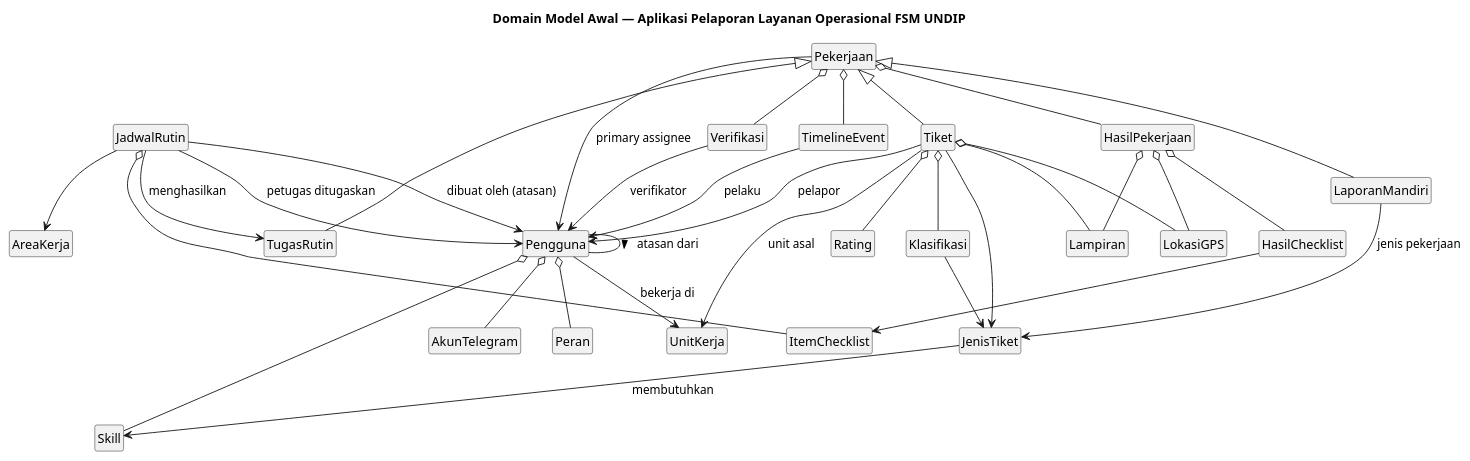
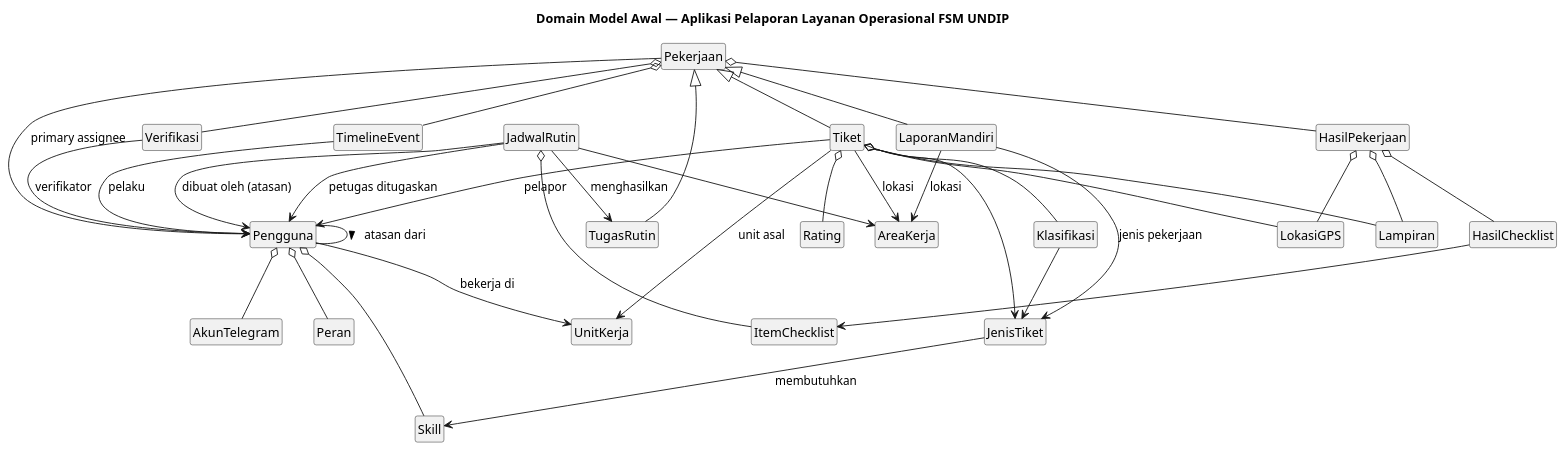
The diagram in docs/iconix/domain-model.puml (MohammadIzza/Pelaporan-Layanan-FSM-Iconix-SDD), drawn with PlantUML before and after one commit. The commit also changed 9 other files, not shown here.

First line of the commit message:
feat(usecase): tambah lokasi gedung/area di formulir laporan

```diff
--- a/docs/iconix/domain-model.puml
+++ b/docs/iconix/domain-model.puml
@@ -11,76 +11,78 @@
 @startuml domain-model
 title Domain Model Awal — Aplikasi Pelaporan Layanan Operasional FSM UNDIP
 hide circle
 hide empty members
 skinparam classAttributeIconSize 0
 
 class Pengguna
 class Peran
 class UnitKerja
 class Skill
 class AkunTelegram
 
 class Pekerjaan
 class Tiket
 class LaporanMandiri
 class TugasRutin
 class HasilPekerjaan
 class Verifikasi
 class TimelineEvent
 class Lampiran
 class LokasiGPS
 
 class JenisTiket
 class Klasifikasi
 class Rating
 
 class JadwalRutin
 class AreaKerja
 class ItemChecklist
 class HasilChecklist
 
 ' --- Organisasi dan pengguna ---
 Pengguna o-- Peran
 Pengguna o-- Skill
 Pengguna o-- AkunTelegram
 Pengguna --> UnitKerja : bekerja di
 Pengguna -- Pengguna : atasan dari >
 
 ' --- Generalisasi pekerjaan ---
 Pekerjaan <|-- Tiket
 Pekerjaan <|-- LaporanMandiri
 Pekerjaan <|-- TugasRutin
 
 ' --- Bagian bersama setiap pekerjaan ---
 Pekerjaan --> Pengguna : primary assignee
 Pekerjaan o-- HasilPekerjaan
 Pekerjaan o-- Verifikasi
 Pekerjaan o-- TimelineEvent
 Verifikasi --> Pengguna : verifikator
 TimelineEvent --> Pengguna : pelaku
 HasilPekerjaan o-- Lampiran
 HasilPekerjaan o-- LokasiGPS
 
 ' --- Permintaan layanan (tiket) ---
 Tiket --> Pengguna : pelapor
 Tiket --> UnitKerja : unit asal
+Tiket --> AreaKerja : lokasi
 Tiket --> JenisTiket
 Tiket o-- Lampiran
 Tiket o-- LokasiGPS
 Tiket o-- Klasifikasi
 Tiket o-- Rating
 Klasifikasi --> JenisTiket
 JenisTiket --> Skill : membutuhkan
 
 ' --- Laporan mandiri ---
 LaporanMandiri --> JenisTiket : jenis pekerjaan
+LaporanMandiri --> AreaKerja : lokasi
 
 ' --- Tugas rutin ---
 JadwalRutin o-- ItemChecklist
 JadwalRutin --> AreaKerja
 JadwalRutin --> Pengguna : dibuat oleh (atasan)
 JadwalRutin --> Pengguna : petugas ditugaskan
 JadwalRutin --> TugasRutin : menghasilkan
 HasilPekerjaan o-- HasilChecklist
 HasilChecklist --> ItemChecklist
 @enduml
```
